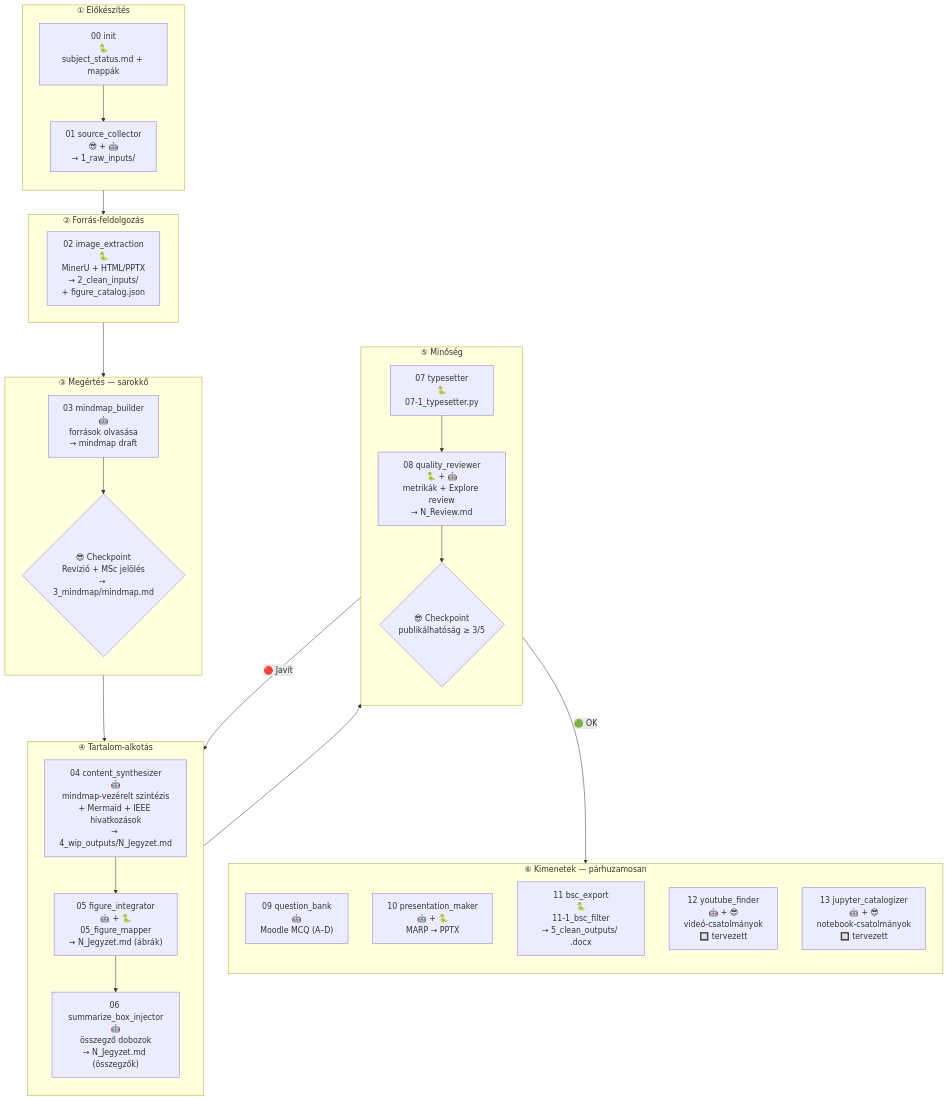
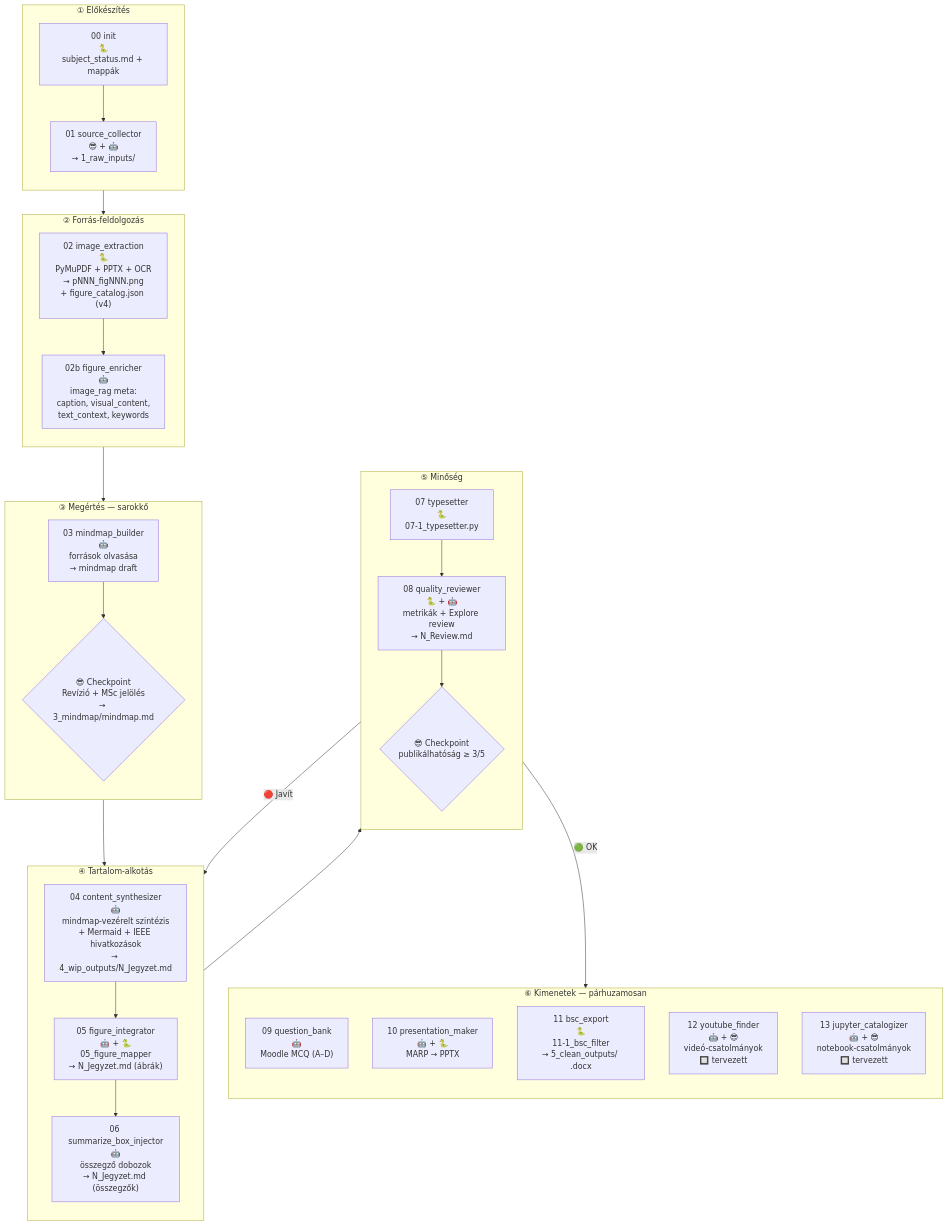
One commit to InutilemMachina/claude_course changed the diagram in .claude/pipeline.md. Above: the diagram before and after it, drawn with Mermaid. The commit also changed other lines of this file and 3 other files, not shown here.

````diff
--- a/.claude/pipeline.md
+++ b/.claude/pipeline.md
@@ -49,49 +50,52 @@
 ```mermaid
 flowchart TD
     subgraph INIT["① Előkészítés"]
         direction TB
         I0["00 init<br>🐍<br>subject_status.md + mappák"]
         I1["01 source_collector<br>😎 + 🤖<br>→ 1_raw_inputs/"]
         I0 --> I1
     end
 
     subgraph EXT["② Forrás-feldolgozás"]
-        E1["02 image_extraction<br>🐍<br>MinerU + HTML/PPTX<br>→ 2_clean_inputs/<br>+ figure_catalog.json"]
+        direction TB
+        E1["02 image_extraction<br>🐍<br>PyMuPDF + PPTX + OCR<br>→ pNNN_figNNN.png<br>+ figure_catalog.json (v4)"]
+        E2["02b figure_enricher<br>🤖<br>image_rag meta:<br>caption, visual_content,<br>text_context, keywords"]
+        E1 --> E2
     end
 
     subgraph UNDERSTAND["③ Megértés — sarokkő"]
         direction TB
         U1["03 mindmap_builder<br>🤖<br>források olvasása<br>→ mindmap draft"]
         U2{"😎 Checkpoint<br>Revízió + MSc jelölés<br>→ 3_mindmap/mindmap.md"}
         U1 --> U2
     end
 
     subgraph CREATE["④ Tartalom-alkotás"]
         direction TB
         C1["04 content_synthesizer<br>🤖<br>mindmap-vezérelt szintézis<br>+ Mermaid + IEEE hivatkozások<br>→ 4_wip_outputs/N_Jegyzet.md"]
         C2["05 figure_integrator<br>🤖 + 🐍<br>05_figure_mapper<br>→ N_Jegyzet.md (ábrák)"]
         C3["06 summarize_box_injector<br>🤖<br>összegző dobozok<br>→ N_Jegyzet.md (összegzők)"]
         C1 --> C2 --> C3
     end
 
     subgraph QUALITY["⑤ Minőség"]
         direction TB
         Q1["07 typesetter<br>🐍<br>07-1_typesetter.py"]
         Q2["08 quality_reviewer<br>🐍 + 🤖<br>metrikák + Explore review<br>→ N_Review.md"]
         Q3{"😎 Checkpoint<br>publikálhatóság ≥ 3/5"}
         Q1 --> Q2 --> Q3
     end
 
     subgraph OUTPUT["⑥ Kimenetek — párhuzamosan"]
         direction TB
         O1["09 question_bank<br>🤖<br>Moodle MCQ (A–D)"]
         O2["10 presentation_maker<br>🤖 + 🐍<br>MARP → PPTX"]
         O3["11 bsc_export<br>🐍<br>11-1_bsc_filter<br>→ 5_clean_outputs/ .docx"]
         O4["12 youtube_finder<br>🤖 + 😎<br>videó-csatolmányok<br>🔲 tervezett"]
         O5["13 jupyter_catalogizer<br>🤖 + 😎<br>notebook-csatolmányok<br>🔲 tervezett"]
     end
 
     INIT --> EXT --> UNDERSTAND --> CREATE --> QUALITY
     Q3 -->|"🟢 OK"| OUTPUT
     Q3 -->|"🔴 Javít"| CREATE
 ```
````
